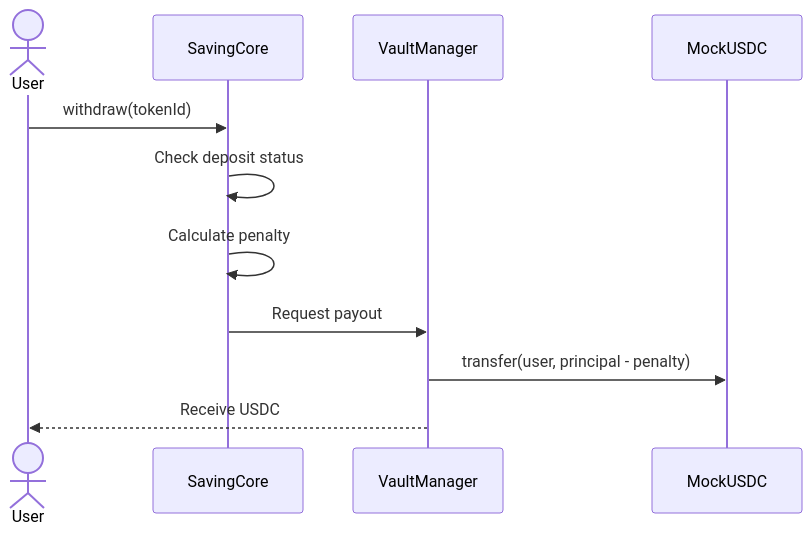
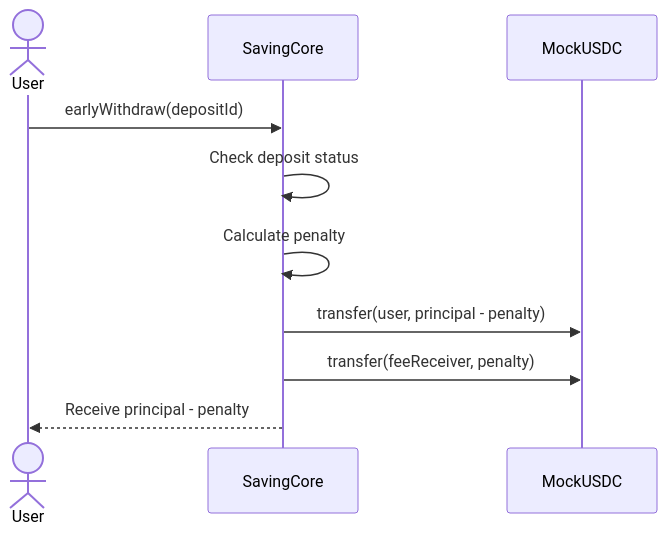
One commit to yang-sin-pal/AC_BlockChain_Online_Saving changed the third of 6 diagrams in docs/sequence-diagram.md. Above: the diagram before and after it, drawn with Mermaid. The commit also changed other lines of this file, not shown here.

Commit message:
fix: correct sequence diagrams for deposit and withdrawal processes; update method names and clarify fund handling

````diff
--- a/docs/sequence-diagram.md
+++ b/docs/sequence-diagram.md
@@ -55,17 +56,16 @@
 ```mermaid
 sequenceDiagram
     actor User
     participant Core as SavingCore
-    participant Vault as VaultManager
     participant USDC as MockUSDC
 
-    User->>Core: withdraw(tokenId)
+    User->>Core: earlyWithdraw(depositId)
 
     Core->>Core: Check deposit status
     Core->>Core: Calculate penalty
 
-    Core->>Vault: Request payout
-    Vault->>USDC: transfer(user, principal - penalty)
+    Core->>USDC: transfer(user, principal - penalty)
+    Core->>USDC: transfer(feeReceiver, penalty)
 
-    Vault-->>User: Receive USDC
+    Core-->>User: Receive principal - penalty
 ```
````
